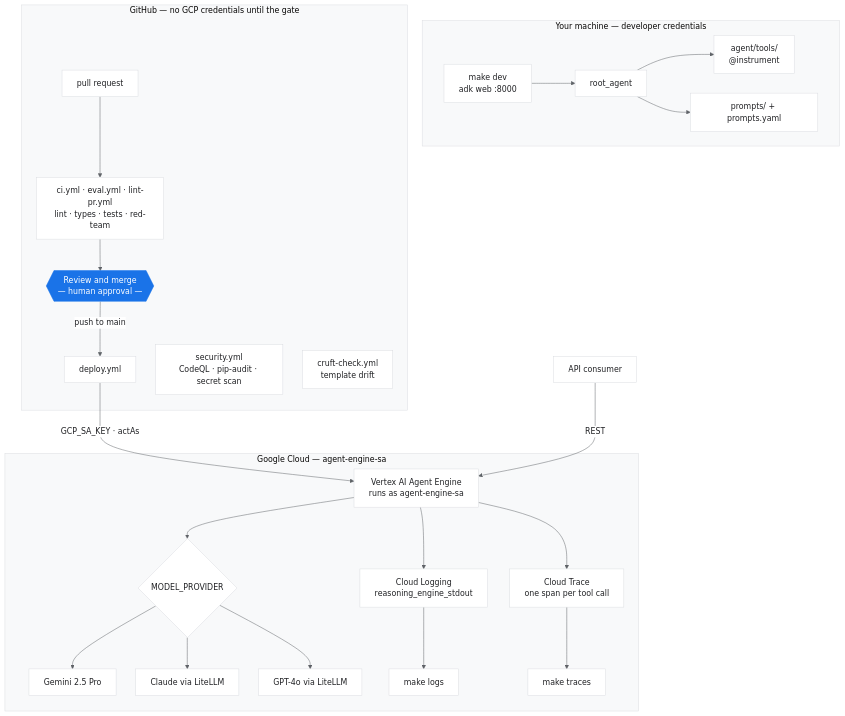
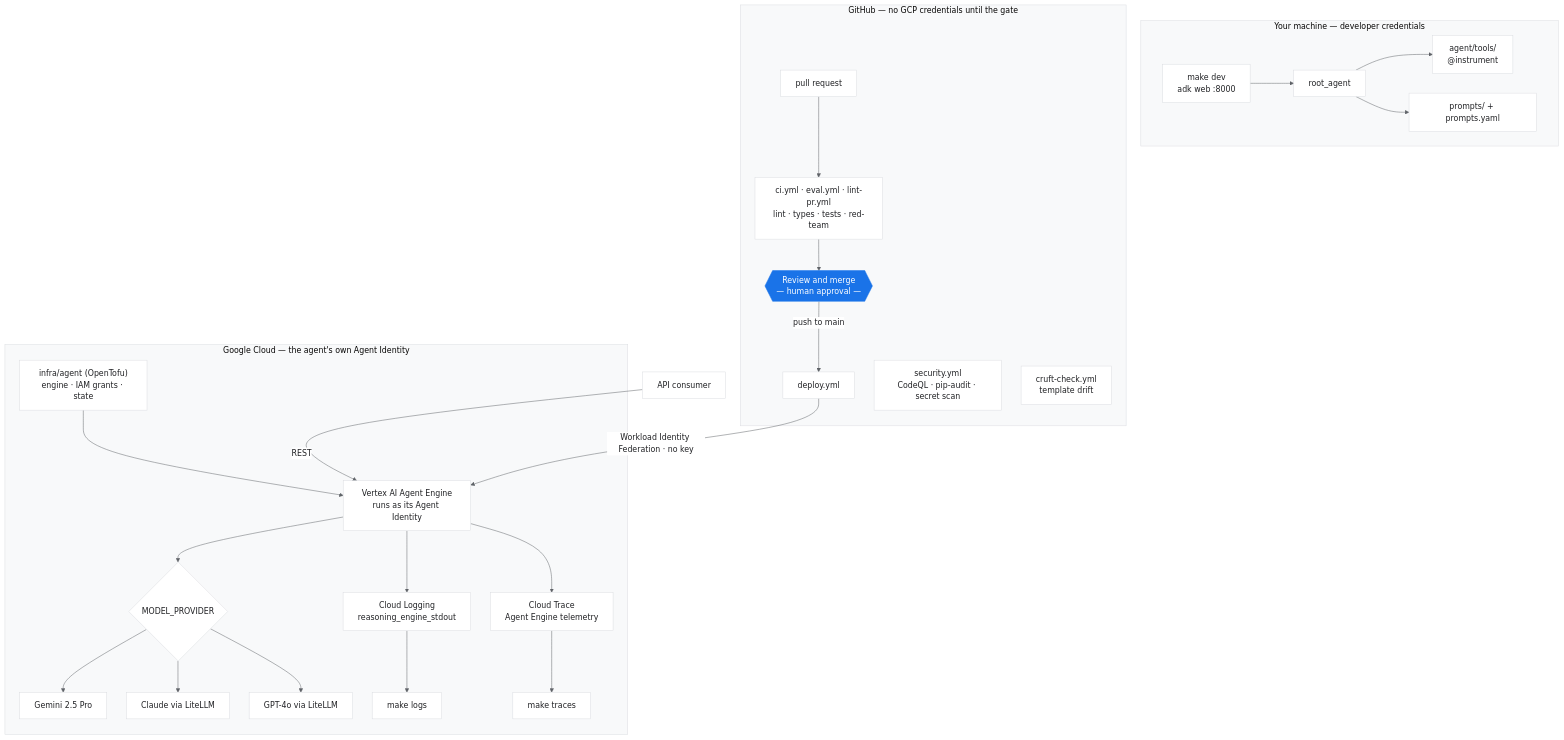
One commit to GEG-ETHZ/agent-deployment-template changed the second of 2 diagrams in README.md. Above: the diagram before and after it, drawn with Mermaid. The commit also changed other lines of this file and 41 other files, not shown here.

First line of the commit message:
feat(template)!: run generated agents under their own Agent Identity (#27)

````diff
--- a/README.md
+++ b/README.md
@@ -114,35 +114,36 @@
 ```mermaid
 %%{init: {"theme":"base","themeVariables":{"primaryColor":"#FFFFFF","primaryTextColor":"#202124","primaryBorderColor":"#DADCE0","lineColor":"#5F6368","secondaryColor":"#F8F9FA","tertiaryColor":"#F8F9FA","clusterBkg":"#F8F9FA","clusterBorder":"#DADCE0","edgeLabelBackground":"#FFFFFF"},"flowchart":{"curve":"basis","nodeSpacing":40,"rankSpacing":64,"useMaxWidth":true}} }%%
 flowchart TD
     subgraph trusted["Your machine — developer credentials"]
         DEV["make dev<br/>adk web :8000"] --> ROOT["root_agent"]
         ROOT --> TOOLS["agent/tools/<br/>@instrument"]
         ROOT --> PROMPTS["prompts/ + prompts.yaml"]
     end
 
     subgraph github["GitHub — no GCP credentials until the gate"]
         PR["pull request"] --> CHECKS["ci.yml · eval.yml · lint-pr.yml<br/>lint · types · tests · red-team"]
         CHECKS --> REVIEW{{"Review and merge<br/>— human approval —"}}
         REVIEW -->|push to main| DEPLOY["deploy.yml"]
         SEC["security.yml<br/>CodeQL · pip-audit · secret scan"]
         DRIFT["cruft-check.yml<br/>template drift"]
     end
 
-    subgraph gcp["Google Cloud — agent-engine-sa"]
-        ENGINE["Vertex AI Agent Engine<br/>runs as agent-engine-sa"]
+    subgraph gcp["Google Cloud — the agent's own Agent Identity"]
+        TOFU["infra/agent (OpenTofu)<br/>engine · IAM grants · state"] --> ENGINE
+        ENGINE["Vertex AI Agent Engine<br/>runs as its Agent Identity"]
         ENGINE --> MODEL{MODEL_PROVIDER}
         MODEL --> G["Gemini 2.5 Pro"]
         MODEL --> CL["Claude via LiteLLM"]
         MODEL --> OAI["GPT-4o via LiteLLM"]
         ENGINE --> LOG["Cloud Logging<br/>reasoning_engine_stdout"]
-        ENGINE --> TRACE["Cloud Trace<br/>one span per tool call"]
+        ENGINE --> TRACE["Cloud Trace<br/>Agent Engine telemetry"]
         LOG --> LOGSH["make logs"]
         TRACE --> TRACESH["make traces"]
     end
 
-    DEPLOY -->|GCP_SA_KEY · actAs| ENGINE
+    DEPLOY -->|Workload Identity Federation · no key| ENGINE
     CLIENT["API consumer"] -->|REST| ENGINE
 
     classDef approval fill:#1A73E8,stroke:#1A73E8,color:#FFFFFF;
     class REVIEW approval;
 ```
````
